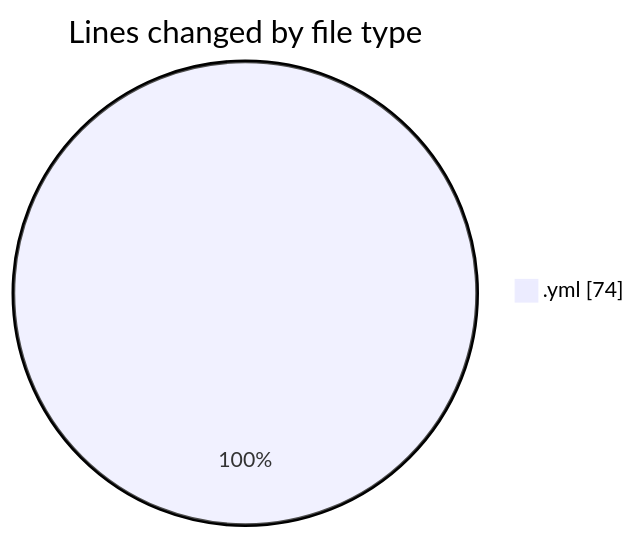
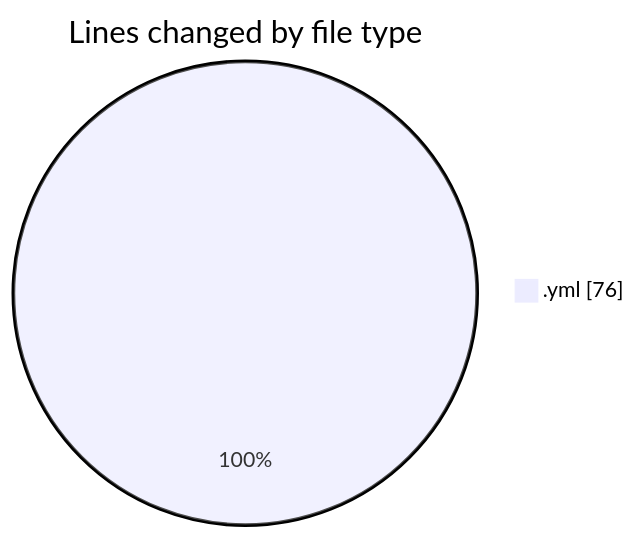
The first of 2 diagrams in 2025-04-23/back-end/README.md (Netris89/code-tracking), drawn with Mermaid before and after one commit. The commit also changed other lines of this file and 1 other file, not shown here.

````diff
--- a/2025-04-23/back-end/README.md
+++ b/2025-04-23/back-end/README.md
@@ -20,5 +20,5 @@
 ```mermaid
 pie showData
 title Lines changed by file type
-".yml" : 74
+".yml" : 76
 ```
````
